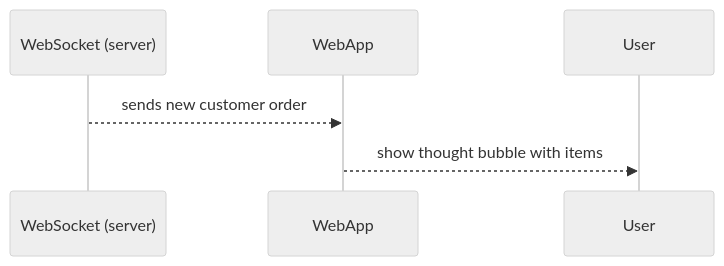
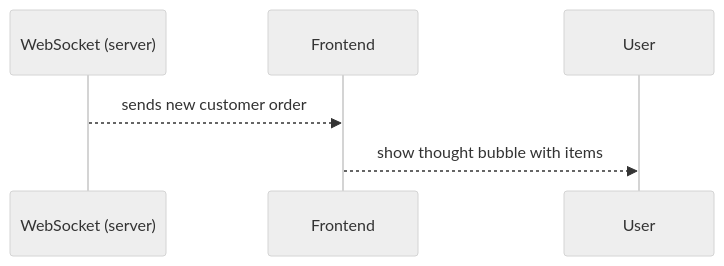
One commit to Capstone-Projects-2025-Spring/aac-go-fish changed the ninth of 19 diagrams in documentation/docs/system-architecture/use-case-sequences.md. Above: the diagram before and after it, drawn with Mermaid (neutral theme). The commit also changed other lines of this file and 2 other files, not shown here.

````diff
--- a/documentation/docs/system-architecture/use-case-sequences.md
+++ b/documentation/docs/system-architecture/use-case-sequences.md
@@ -155,9 +155,9 @@
 ```mermaid
 sequenceDiagram
     participant WS as WebSocket (server)
-    participant WebApp
+    participant Frontend
     participant Manager as User
 
-    WS-->>WebApp: sends new customer order
-    WebApp-->>Manager: show thought bubble with items
+    WS-->>Frontend: sends new customer order
+    Frontend-->>Manager: show thought bubble with items
 ```
````
